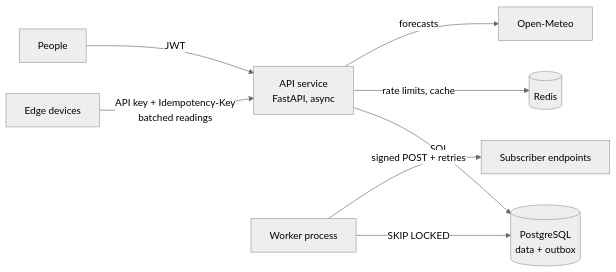
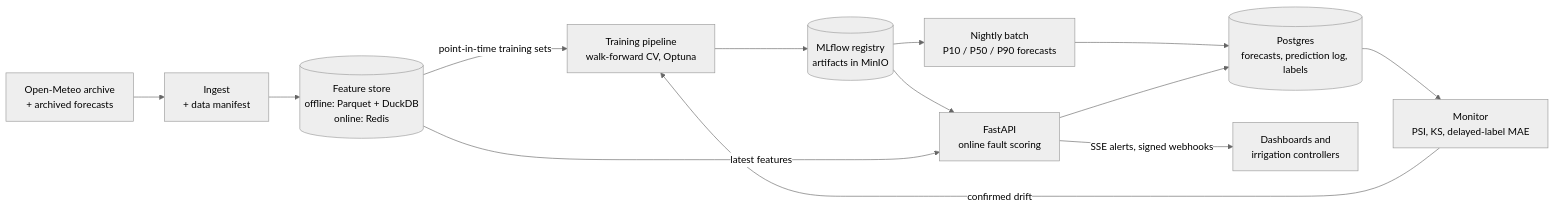
Before and after one commit to sdukea/tessel: the diagram in README.md, drawn with Mermaid (neutral theme). The commit also changed other lines of this file, not shown here.

Commit message:
docs: rewrite README for ML forecasting and fault detection

````diff
--- a/README.md
+++ b/README.md
@@ -48,10 +55,15 @@
 ```mermaid
 flowchart LR
-    D["Edge devices"] -- "API key + Idempotency-Key<br/>batched readings" --> API["API service<br/>FastAPI, async"]
-    U["People"] -- "JWT" --> API
-    API -- "SQL" --> PG[("PostgreSQL<br/>data + outbox")]
-    API -- "rate limits, cache" --> R[("Redis")]
-    API -- "forecasts" --> OM["Open-Meteo"]
-    W["Worker process"] -- "SKIP LOCKED" --> PG
-    W -- "signed POST + retries" --> S["Subscriber endpoints"]
+    OM["Open-Meteo archive<br/>+ archived forecasts"] --> ING["Ingest<br/>+ data manifest"]
+    ING --> FS[("Feature store<br/>offline: Parquet + DuckDB<br/>online: Redis")]
+    FS -- "point-in-time training sets" --> TR["Training pipeline<br/>walk-forward CV, Optuna"]
+    TR --> REG[("MLflow registry<br/>artifacts in MinIO")]
+    REG --> BATCH["Nightly batch<br/>P10 / P50 / P90 forecasts"]
+    REG --> API["FastAPI<br/>online fault scoring"]
+    FS -- "latest features" --> API
+    BATCH --> PG[("Postgres<br/>forecasts, prediction log, labels")]
+    API --> PG
+    PG --> MON["Monitor<br/>PSI, KS, delayed-label MAE"]
+    MON -- "confirmed drift" --> TR
+    API -- "SSE alerts, signed webhooks" --> OUT["Dashboards and<br/>irrigation controllers"]
 ```
````
